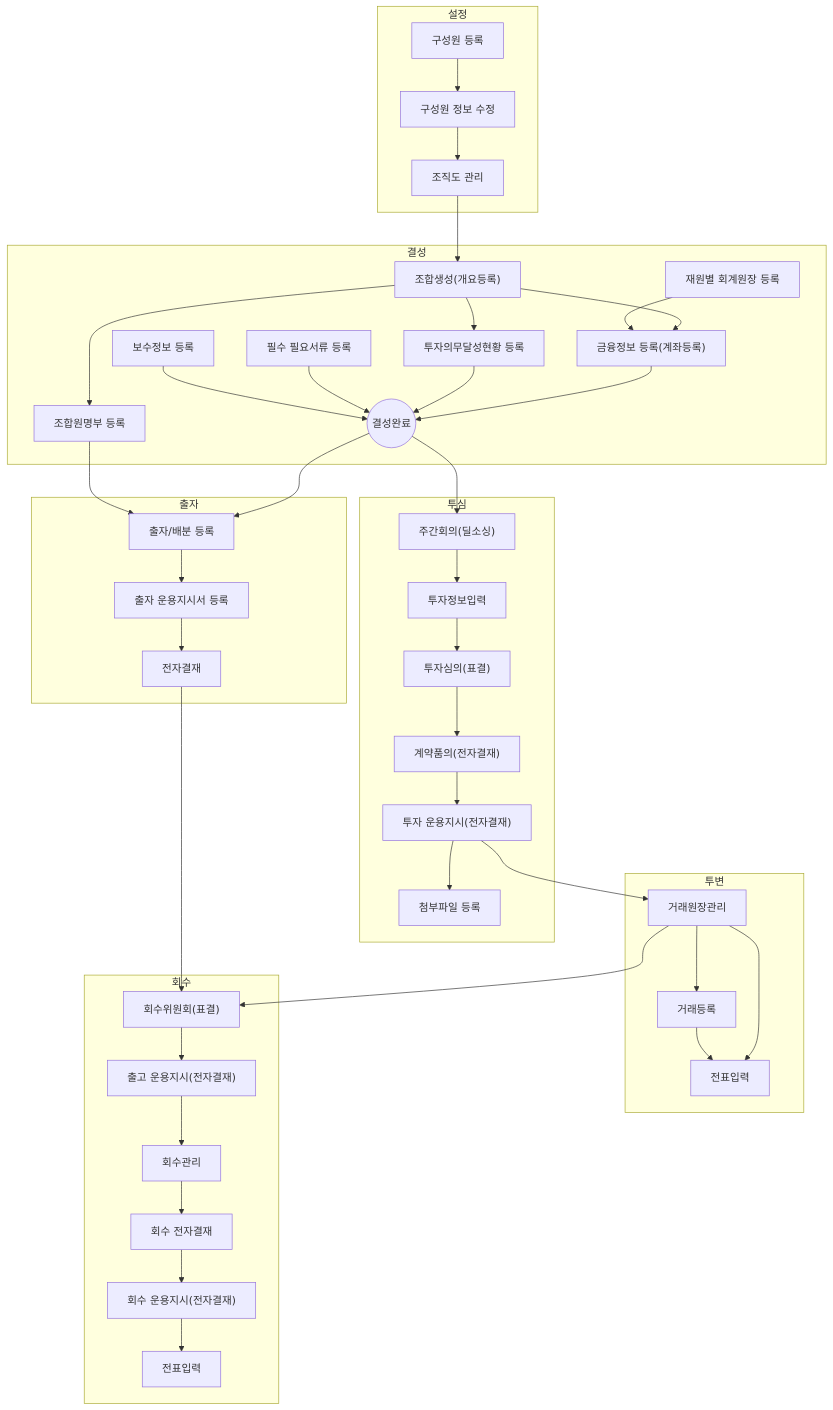
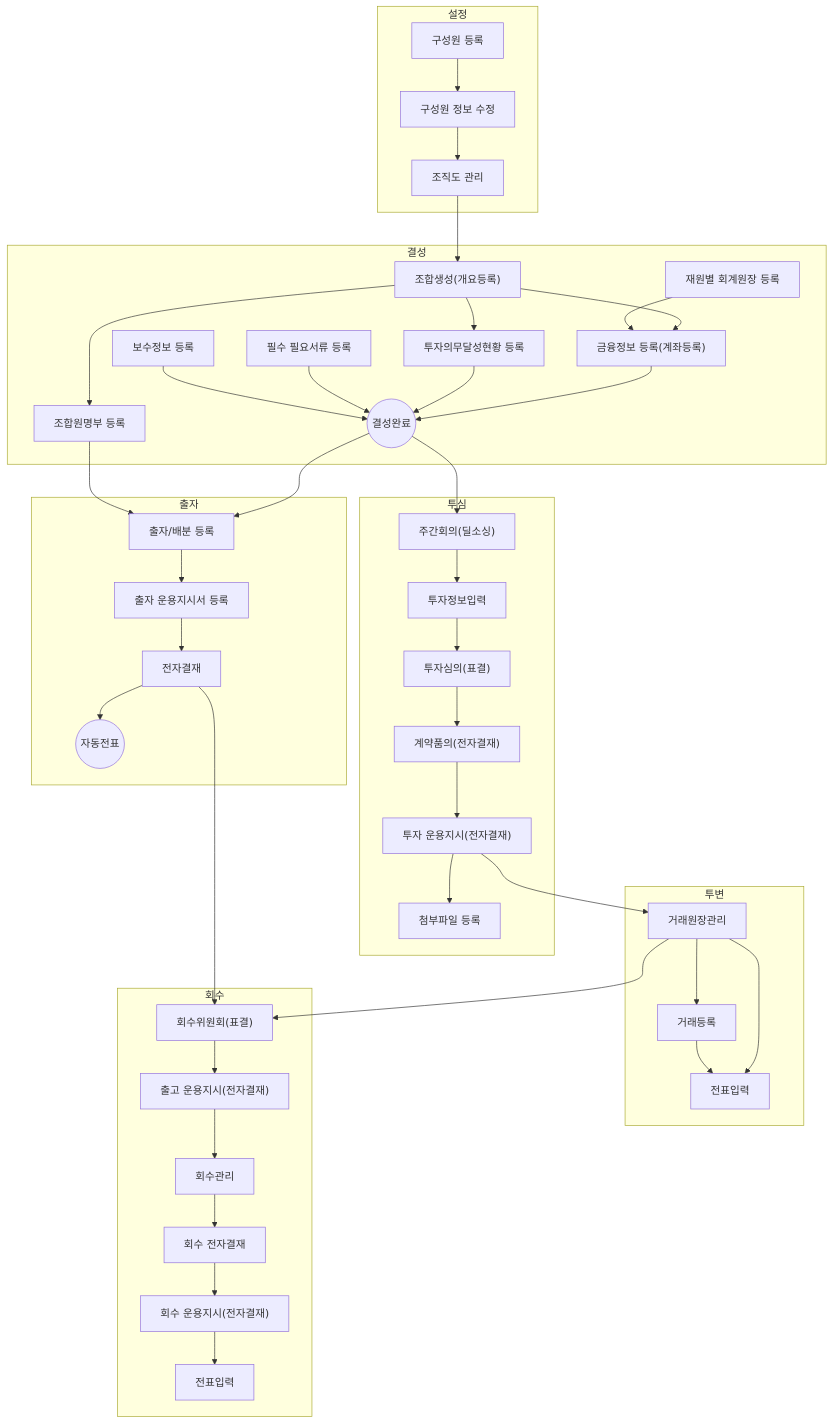
The diagram in _tabs/core.md (cotes2020/jekyll-theme-chirpy), drawn with Mermaid before and after one commit. The commit also changed 1 other file, not shown here.

Commit message:
임시저장

````diff
--- a/_tabs/core.md
+++ b/_tabs/core.md
@@ -20,7 +20,7 @@
         hr0002 --> hr0007    
     end
     hr0007 --> fd0001
-    
+
     subgraph 결성["결성"]
         fd0001["조합생성(개요등록)"]
         %% fd0009["조합개요등록"]
@@ -50,11 +50,13 @@
         fd0006["출자/배분 등록"]
         oi0002["출자 운용지시서 등록"]
         ed0001["전자결재"]
+        fm0001a(("자동전표"))
 
         fd0000 --> fd0006
         fd0011 --> fd0006
         fd0006 --> oi0002 
         oi0002 --> ed0001
+        ed0001 --> fm0001a
 
     end
 
@@ -126,4 +128,5 @@
 
 %% style fd0001 fill:#e6ffe6,stroke:#66cc66,stroke-width:2px,rx:10,ry:10
 
+
 ```
````
